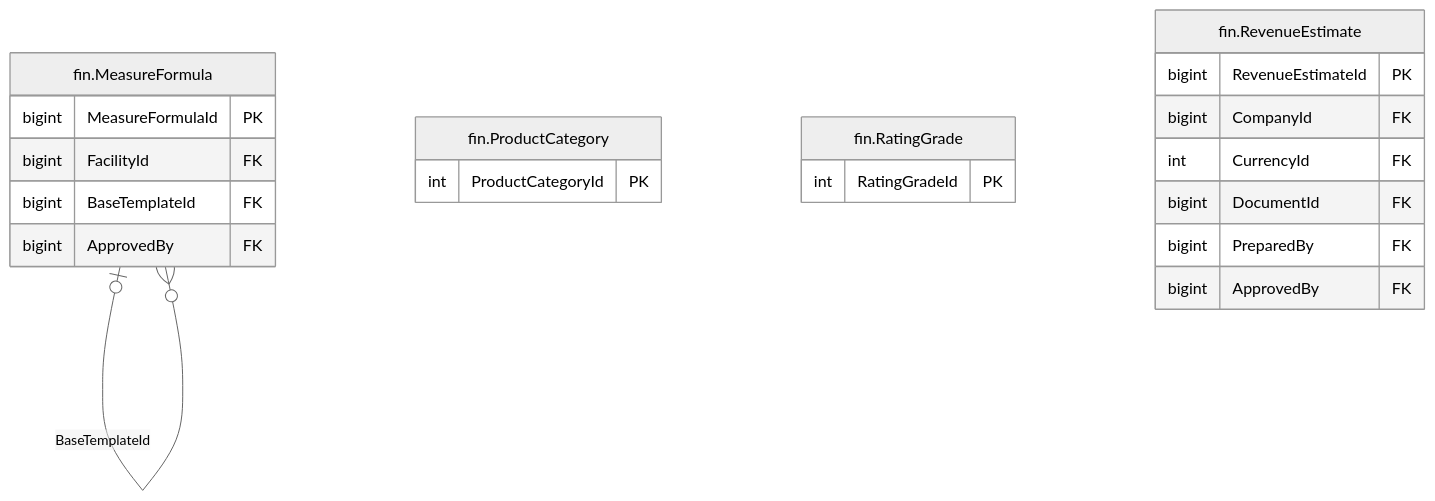
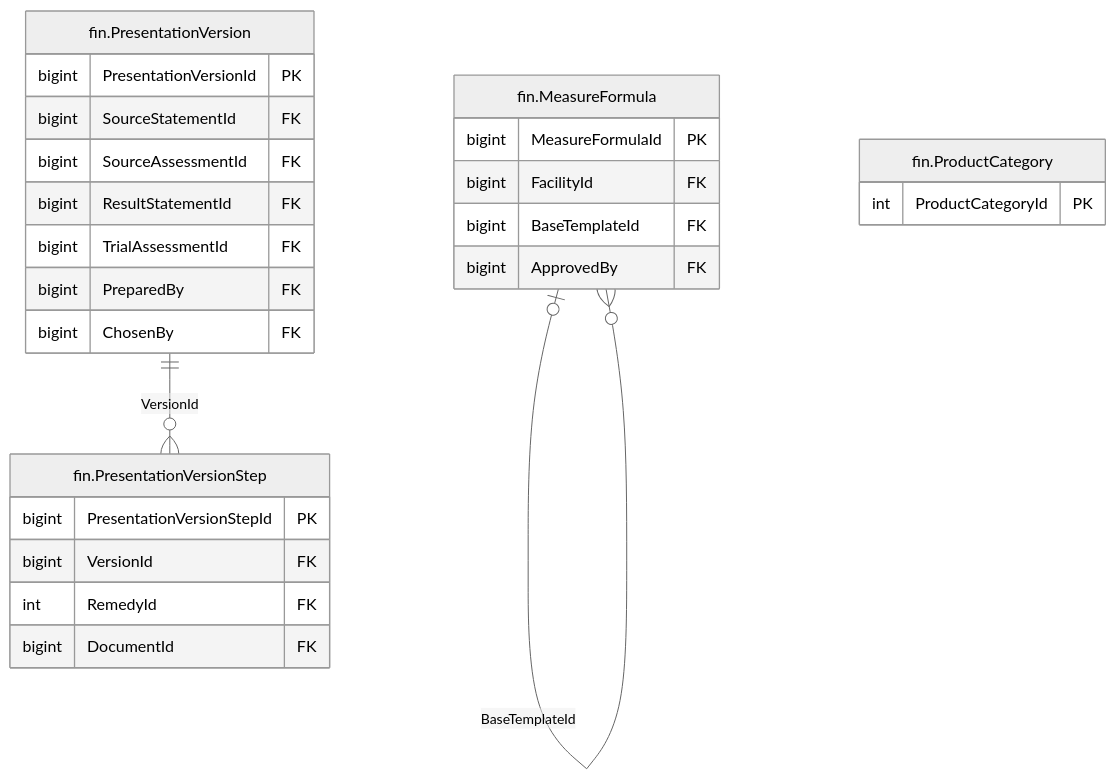
The diagram in treasury-platform/docs/diagrams/erd/m5_financials_9.mmd (thawrasy/smartlines), drawn with Mermaid (neutral theme) before and after one commit. The commit also changed 126 other files, not shown here.

First line of the commit message:
Presentation versions of a statement before its final approval (phase C, ADR 0023)

```diff
--- a/treasury-platform/docs/diagrams/erd/m5_financials_9.mmd
+++ b/treasury-platform/docs/diagrams/erd/m5_financials_9.mmd
@@ -1,23 +1,28 @@
 %% م5 · البيانات المالية والأرصدة (9/13) — Financial statements & balances
 erDiagram
   fin_MeasureFormula["fin.MeasureFormula"] {
     bigint MeasureFormulaId PK
     bigint FacilityId FK
     bigint BaseTemplateId FK
     bigint ApprovedBy FK
   }
+  fin_PresentationVersion["fin.PresentationVersion"] {
+    bigint PresentationVersionId PK
+    bigint SourceStatementId FK
+    bigint SourceAssessmentId FK
+    bigint ResultStatementId FK
+    bigint TrialAssessmentId FK
+    bigint PreparedBy FK
+    bigint ChosenBy FK
+  }
+  fin_PresentationVersionStep["fin.PresentationVersionStep"] {
+    bigint PresentationVersionStepId PK
+    bigint VersionId FK
+    int RemedyId FK
+    bigint DocumentId FK
+  }
   fin_ProductCategory["fin.ProductCategory"] {
     int ProductCategoryId PK
   }
-  fin_RatingGrade["fin.RatingGrade"] {
-    int RatingGradeId PK
-  }
-  fin_RevenueEstimate["fin.RevenueEstimate"] {
-    bigint RevenueEstimateId PK
-    bigint CompanyId FK
-    int CurrencyId FK
-    bigint DocumentId FK
-    bigint PreparedBy FK
-    bigint ApprovedBy FK
-  }
   fin_MeasureFormula |o--o{ fin_MeasureFormula : "BaseTemplateId"
+  fin_PresentationVersion ||--o{ fin_PresentationVersionStep : "VersionId"
```
